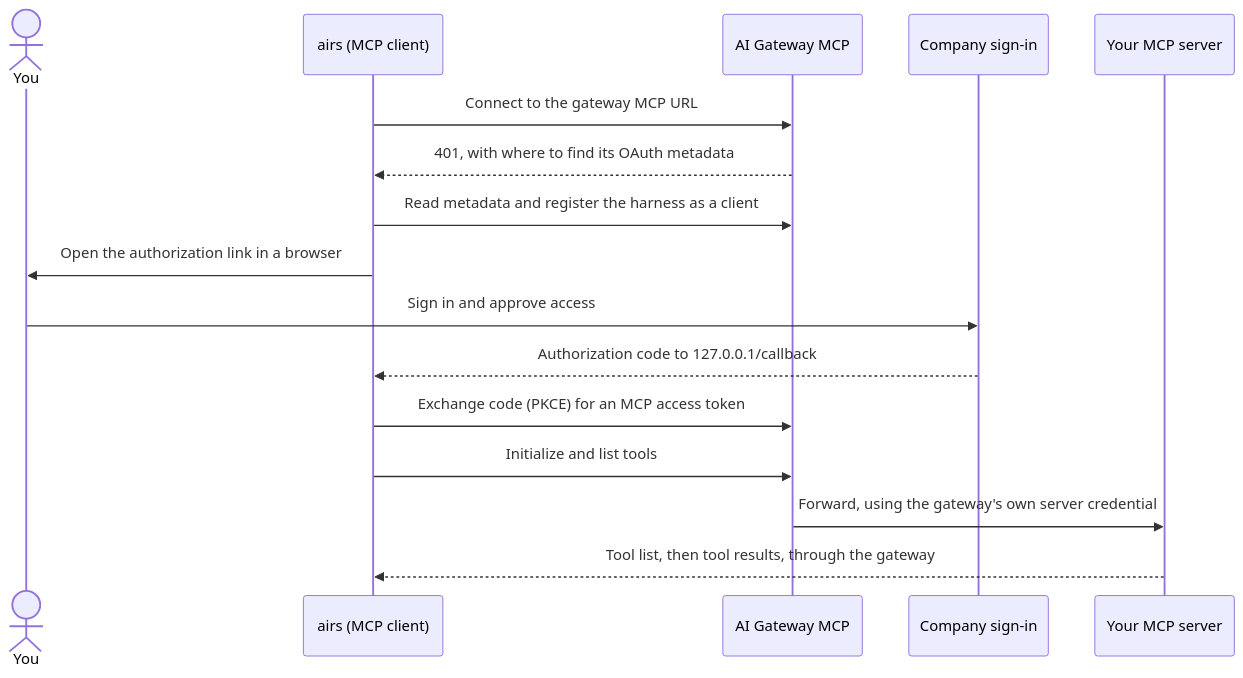
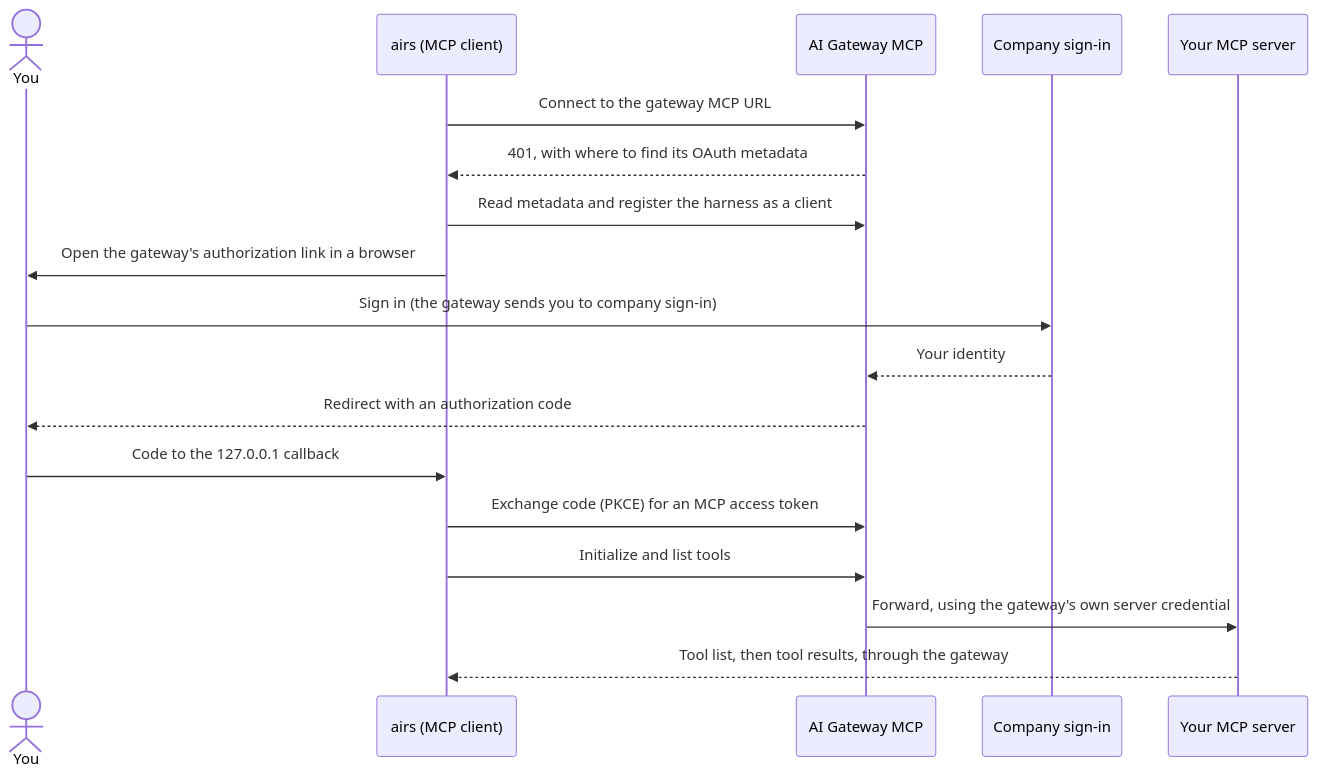
Before and after one commit to cdot65/prisma-airs-harness: the diagram in GETTING-STARTED-MCP.md, drawn with Mermaid. The commit also changed other lines of this file and 1 other file, not shown here.

````diff
--- a/GETTING-STARTED-MCP.md
+++ b/GETTING-STARTED-MCP.md
@@ -28,18 +28,20 @@
 ```mermaid
 sequenceDiagram
   actor You
   participant Harness as airs (MCP client)
   participant GW as AI Gateway MCP
   participant IdP as Company sign-in
   participant Server as Your MCP server
   Harness->>GW: Connect to the gateway MCP URL
   GW-->>Harness: 401, with where to find its OAuth metadata
   Harness->>GW: Read metadata and register the harness as a client
-  Harness->>You: Open the authorization link in a browser
-  You->>IdP: Sign in and approve access
-  IdP-->>Harness: Authorization code to 127.0.0.1/callback
+  Harness->>You: Open the gateway's authorization link in a browser
+  You->>IdP: Sign in (the gateway sends you to company sign-in)
+  IdP-->>GW: Your identity
+  GW-->>You: Redirect with an authorization code
+  You->>Harness: Code to the 127.0.0.1 callback
   Harness->>GW: Exchange code (PKCE) for an MCP access token
   Harness->>GW: Initialize and list tools
   GW->>Server: Forward, using the gateway's own server credential
   Server-->>Harness: Tool list, then tool results, through the gateway
 ```
````
